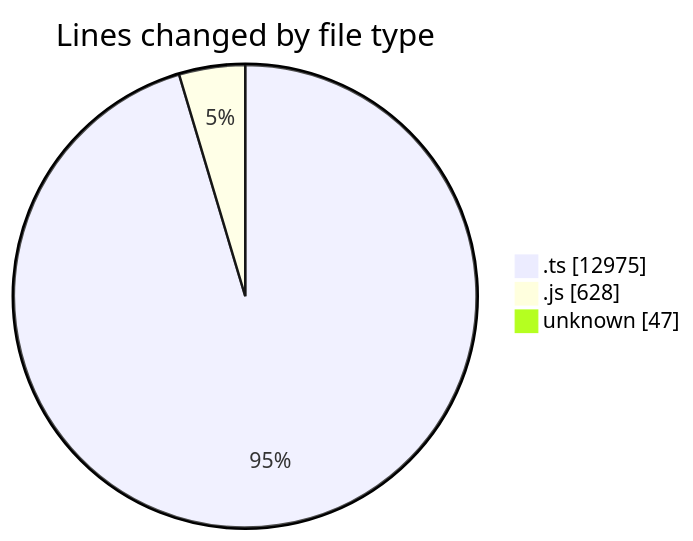
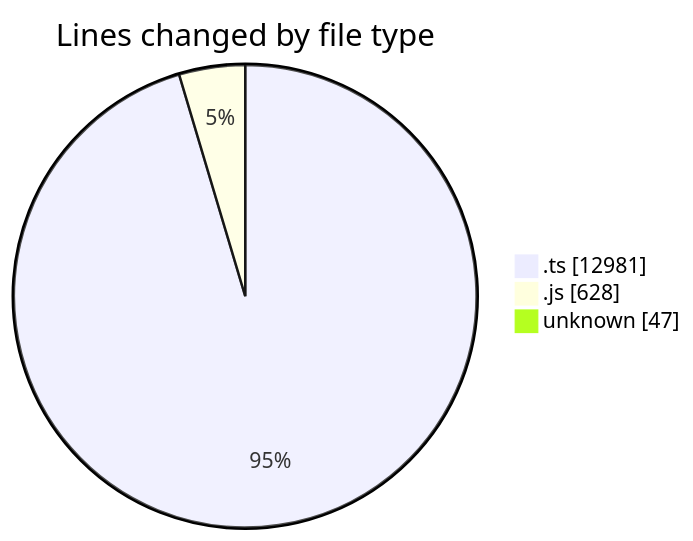
One commit to momahboobian/code-tracking changed the first of 2 diagrams in 2025-09-05/cda/README.md. Above: the diagram before and after it, drawn with Mermaid. The commit also changed other lines of this file and 1 other file, not shown here.

````diff
--- a/2025-09-05/cda/README.md
+++ b/2025-09-05/cda/README.md
@@ -27,7 +27,7 @@
 ```mermaid
 pie showData
 title Lines changed by file type
-".ts" : 12975
+".ts" : 12981
 ".js" : 628
 "unknown" : 47
 ```
````
